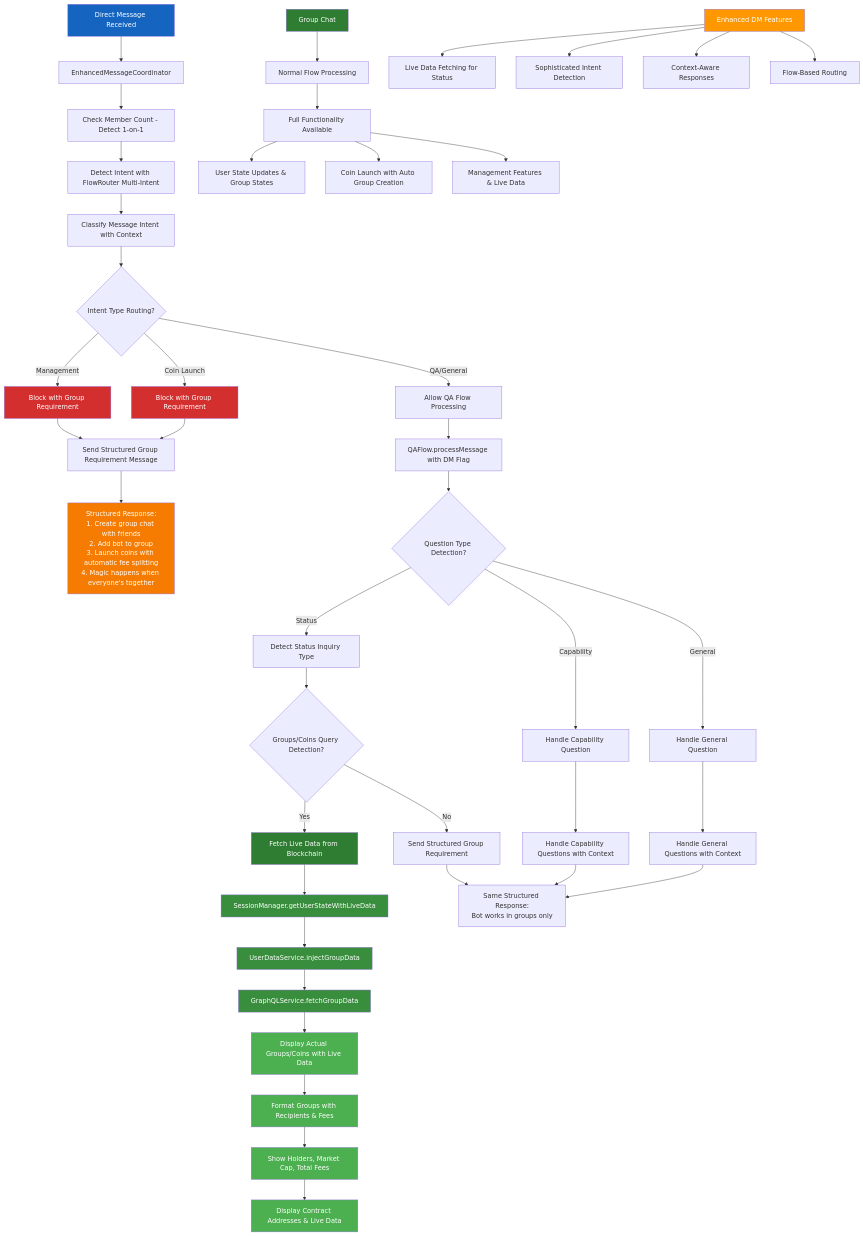
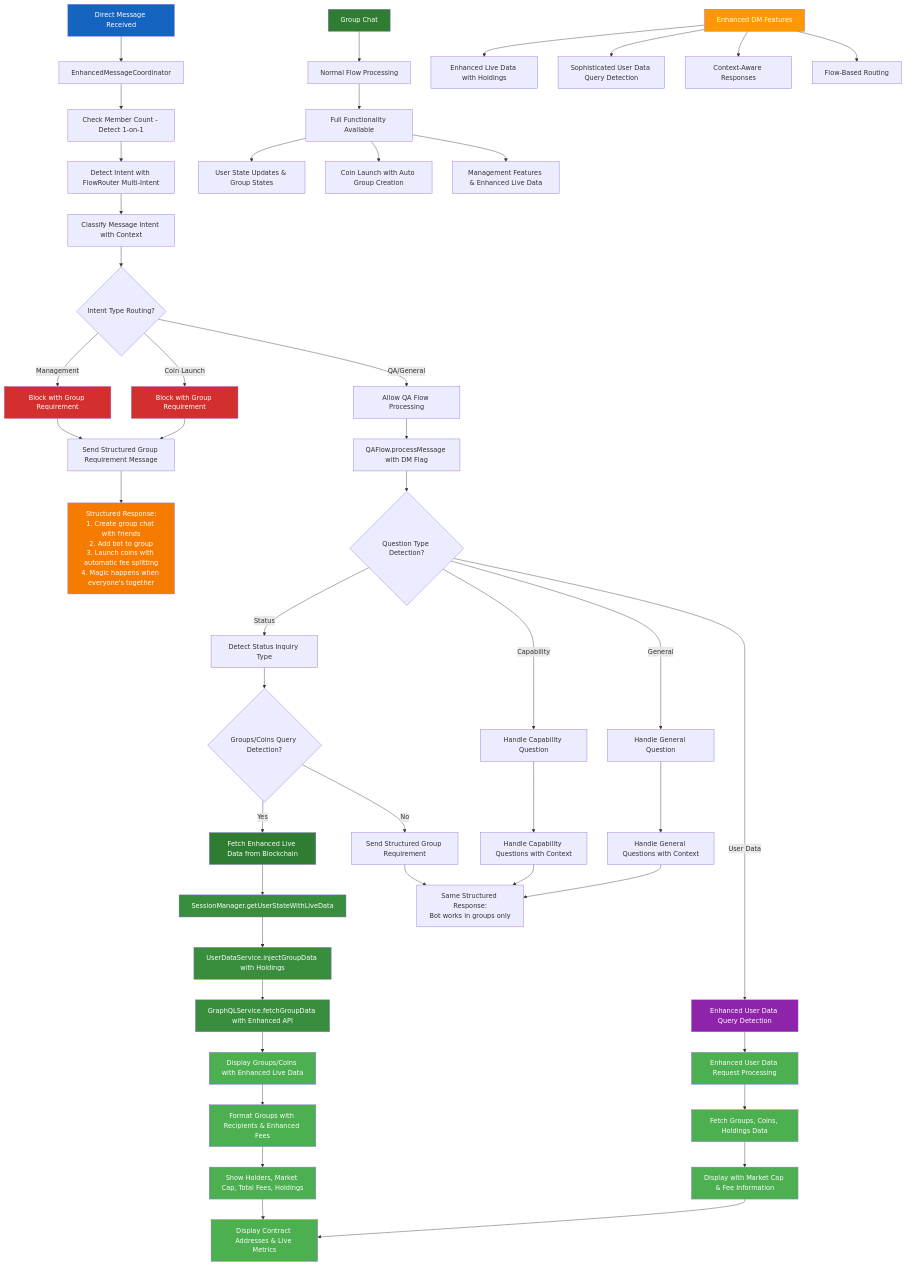
Before and after one commit to flayerlabs/xmtp-flaunchy: the eighth of 13 diagrams in SYSTEM_ARCHITECTURE.md, drawn with Mermaid. The commit also changed other lines of this file, not shown here.

Commit message:
update system architecture

````diff
--- a/SYSTEM_ARCHITECTURE.md
+++ b/SYSTEM_ARCHITECTURE.md
@@ -574,69 +631,80 @@
 ```mermaid
 graph TD
     A[Direct Message Received] --> B[EnhancedMessageCoordinator]
     B --> C[Check Member Count - Detect 1-on-1]
     C --> D[Detect Intent with FlowRouter Multi-Intent]
     D --> E[Classify Message Intent with Context]
 
     E --> F{Intent Type Routing?}
     F -->|Management| G[Block with Group Requirement]
     F -->|Coin Launch| H[Block with Group Requirement]
     F -->|QA/General| I[Allow QA Flow Processing]
 
     G --> J[Send Structured Group Requirement Message]
     H --> J
     I --> K[QAFlow.processMessage with DM Flag]
 
     J --> L[Structured Response:<br/>1. Create group chat with friends<br/>2. Add bot to group<br/>3. Launch coins with automatic fee splitting<br/>4. Magic happens when everyone's together]
 
     K --> M{Question Type Detection?}
     M -->|Status| N[Detect Status Inquiry Type]
-    M -->|Capability| O[Handle Capability Question]
-    M -->|General| P[Handle General Question]
+    M -->|User Data| O[Enhanced User Data Query Detection]
+    M -->|Capability| P[Handle Capability Question]
+    M -->|General| Q[Handle General Question]
 
-    N --> Q{Groups/Coins Query Detection?}
-    Q -->|Yes| R[Fetch Live Data from Blockchain]
-    Q -->|No| S[Send Structured Group Requirement]
+    N --> R{Groups/Coins Query Detection?}
+    R -->|Yes| S[Fetch Enhanced Live Data from Blockchain]
+    R -->|No| T[Send Structured Group Requirement]
 
-    R --> T[SessionManager.getUserStateWithLiveData]
-    T --> U[UserDataService.injectGroupData]
-    U --> V[GraphQLService.fetchGroupData]
-    V --> W[Display Actual Groups/Coins with Live Data]
+    O --> U[Enhanced User Data Request Processing]
+    U --> V[Fetch Groups, Coins, Holdings Data]
+    V --> W[Display with Market Cap & Fee Information]
 
-    W --> X[Format Groups with Recipients & Fees]
-    X --> Y[Show Holders, Market Cap, Total Fees]
-    Y --> Z[Display Contract Addresses & Live Data]
+    S --> X[SessionManager.getUserStateWithLiveData]
+    X --> Y[UserDataService.injectGroupData with Holdings]
+    Y --> Z[GraphQLService.fetchGroupData with Enhanced API]
+    Z --> AA[Display Groups/Coins with Enhanced Live Data]
 
-    O --> AA[Handle Capability Questions with Context]
-    P --> BB[Handle General Questions with Context]
-    S --> CC[Same Structured Response:<br/>Bot works in groups only]
+    AA --> BB[Format Groups with Recipients & Enhanced Fees]
+    BB --> CC[Show Holders, Market Cap, Total Fees, Holdings]
+    CC --> DD[Display Contract Addresses & Live Metrics]
 
-    AA --> CC
-    BB --> CC
+    W --> DD
 
-    DD[Group Chat] --> EE[Normal Flow Processing]
-    EE --> FF[Full Functionality Available]
-    FF --> GG[User State Updates & Group States]
-    FF --> HH[Coin Launch with Auto Group Creation]
-    FF --> II[Management Features & Live Data]
+    P --> EE[Handle Capability Questions with Context]
+    Q --> FF[Handle General Questions with Context]
+    T --> GG[Same Structured Response:<br/>Bot works in groups only]
 
-    JJ[Enhanced DM Features] --> KK[Live Data Fetching for Status]
-    JJ --> LL[Sophisticated Intent Detection]
-    JJ --> MM[Context-Aware Responses]
-    JJ --> NN[Flow-Based Routing]
+    EE --> GG
+    FF --> GG
+
+    HH[Group Chat] --> II[Normal Flow Processing]
+    II --> JJ[Full Functionality Available]
+    JJ --> KK[User State Updates & Group States]
+    JJ --> LL[Coin Launch with Auto Group Creation]
+    JJ --> MM[Management Features & Enhanced Live Data]
+
+    NN[Enhanced DM Features] --> OO[Enhanced Live Data with Holdings]
+    NN --> PP[Sophisticated User Data Query Detection]
+    NN --> QQ[Context-Aware Responses]
+    NN --> RR[Flow-Based Routing]
 
     style A fill:#1565C0,color:#ffffff
     style G fill:#D32F2F,color:#ffffff
     style H fill:#D32F2F,color:#ffffff
     style L fill:#F57C00,color:#ffffff
-    style R fill:#2E7D32,color:#ffffff
-    style T fill:#388E3C,color:#ffffff
-    style U fill:#388E3C,color:#ffffff
-    style V fill:#388E3C,color:#ffffff
+    style O fill:#8E24AA,color:#ffffff
+    style U fill:#4CAF50,color:#ffffff
+    style V fill:#4CAF50,color:#ffffff
     style W fill:#4CAF50,color:#ffffff
-    style X fill:#4CAF50,color:#ffffff
-    style Y fill:#4CAF50,color:#ffffff
-    style Z fill:#4CAF50,color:#ffffff
-    style DD fill:#2E7D32,color:#ffffff
-    style JJ fill:#FF9800,color:#ffffff
+    style S fill:#2E7D32,color:#ffffff
+    style X fill:#388E3C,color:#ffffff
+    style Y fill:#388E3C,color:#ffffff
+    style Z fill:#388E3C,color:#ffffff
+    style AA fill:#4CAF50,color:#ffffff
+    style BB fill:#4CAF50,color:#ffffff
+    style CC fill:#4CAF50,color:#ffffff
+    style DD fill:#4CAF50,color:#ffffff
+    style HH fill:#2E7D32,color:#ffffff
+    style NN fill:#FF9800,color:#ffffff
 ```
````
